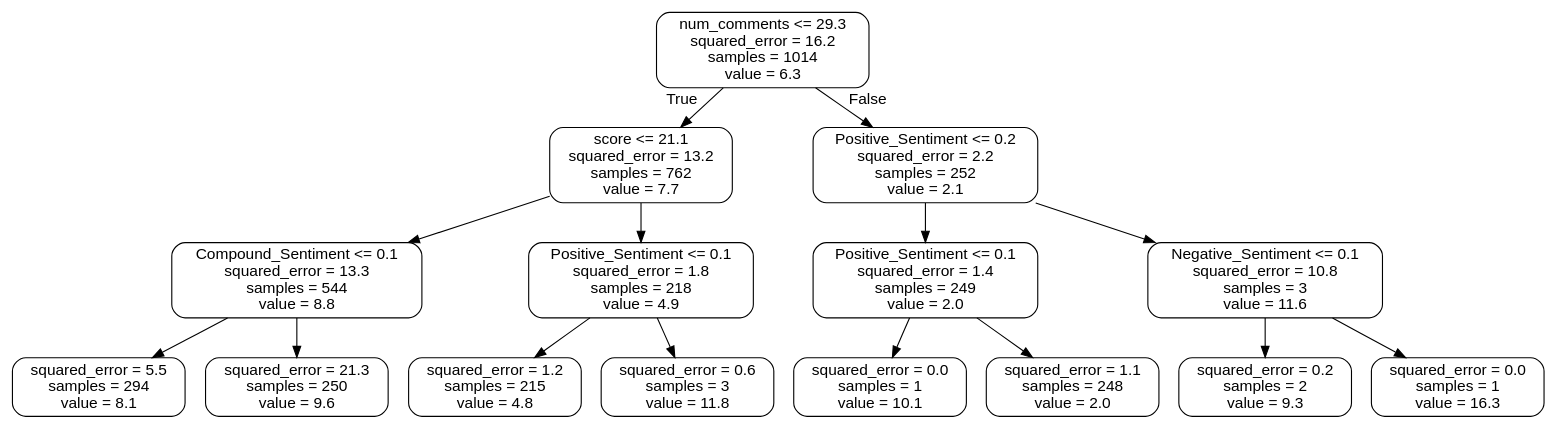
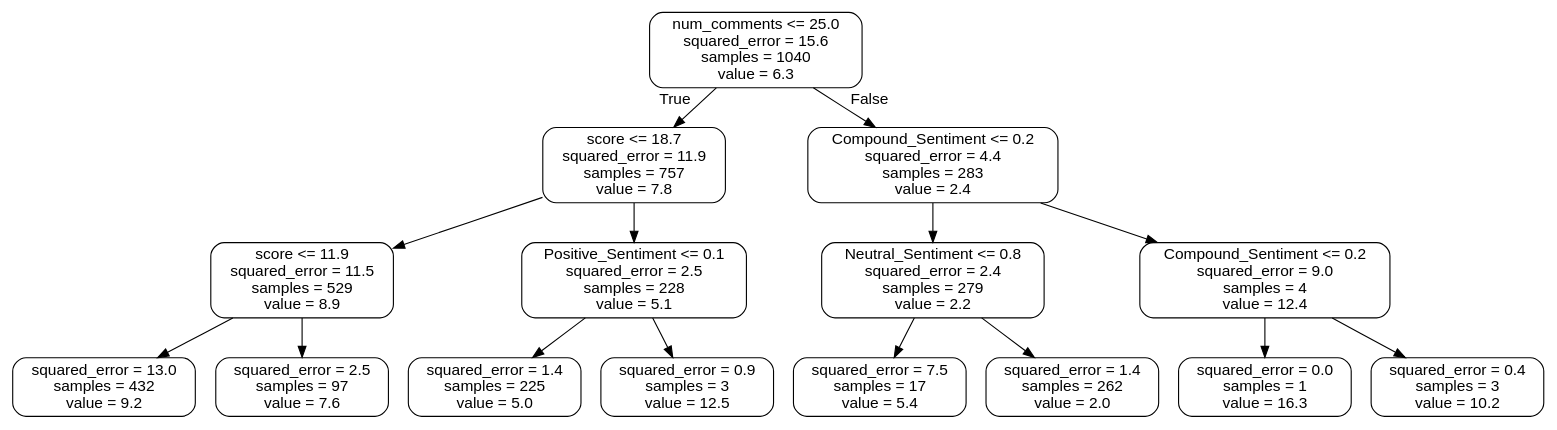
One commit to JKelly423/SqueezeNet changed the diagram in data/tree/small_tree.dot. Above: the diagram before and after it, drawn with Graphviz. The commit also changed 18 other files, not shown here.

```diff
--- a/data/tree/small_tree.dot
+++ b/data/tree/small_tree.dot
@@ -1,33 +1,33 @@
 digraph Tree {
 node [shape=box, style="rounded", color="black", fontname="helvetica"] ;
 edge [fontname="helvetica"] ;
-0 [label="num_comments <= 29.3\nsquared_error = 16.2\nsamples = 1014\nvalue = 6.3"] ;
-1 [label="score <= 21.1\nsquared_error = 13.2\nsamples = 762\nvalue = 7.7"] ;
+0 [label="num_comments <= 25.0\nsquared_error = 15.6\nsamples = 1040\nvalue = 6.3"] ;
+1 [label="score <= 18.7\nsquared_error = 11.9\nsamples = 757\nvalue = 7.8"] ;
 0 -> 1 [labeldistance=2.5, labelangle=45, headlabel="True"] ;
-2 [label="Compound_Sentiment <= 0.1\nsquared_error = 13.3\nsamples = 544\nvalue = 8.8"] ;
+2 [label="score <= 11.9\nsquared_error = 11.5\nsamples = 529\nvalue = 8.9"] ;
 1 -> 2 ;
-3 [label="squared_error = 5.5\nsamples = 294\nvalue = 8.1"] ;
+3 [label="squared_error = 13.0\nsamples = 432\nvalue = 9.2"] ;
 2 -> 3 ;
-4 [label="squared_error = 21.3\nsamples = 250\nvalue = 9.6"] ;
+4 [label="squared_error = 2.5\nsamples = 97\nvalue = 7.6"] ;
 2 -> 4 ;
-5 [label="Positive_Sentiment <= 0.1\nsquared_error = 1.8\nsamples = 218\nvalue = 4.9"] ;
+5 [label="Positive_Sentiment <= 0.1\nsquared_error = 2.5\nsamples = 228\nvalue = 5.1"] ;
 1 -> 5 ;
-6 [label="squared_error = 1.2\nsamples = 215\nvalue = 4.8"] ;
+6 [label="squared_error = 1.4\nsamples = 225\nvalue = 5.0"] ;
 5 -> 6 ;
-7 [label="squared_error = 0.6\nsamples = 3\nvalue = 11.8"] ;
+7 [label="squared_error = 0.9\nsamples = 3\nvalue = 12.5"] ;
 5 -> 7 ;
-8 [label="Positive_Sentiment <= 0.2\nsquared_error = 2.2\nsamples = 252\nvalue = 2.1"] ;
+8 [label="Compound_Sentiment <= 0.2\nsquared_error = 4.4\nsamples = 283\nvalue = 2.4"] ;
 0 -> 8 [labeldistance=2.5, labelangle=-45, headlabel="False"] ;
-9 [label="Positive_Sentiment <= 0.1\nsquared_error = 1.4\nsamples = 249\nvalue = 2.0"] ;
+9 [label="Neutral_Sentiment <= 0.8\nsquared_error = 2.4\nsamples = 279\nvalue = 2.2"] ;
 8 -> 9 ;
-10 [label="squared_error = 0.0\nsamples = 1\nvalue = 10.1"] ;
+10 [label="squared_error = 7.5\nsamples = 17\nvalue = 5.4"] ;
 9 -> 10 ;
-11 [label="squared_error = 1.1\nsamples = 248\nvalue = 2.0"] ;
+11 [label="squared_error = 1.4\nsamples = 262\nvalue = 2.0"] ;
 9 -> 11 ;
-12 [label="Negative_Sentiment <= 0.1\nsquared_error = 10.8\nsamples = 3\nvalue = 11.6"] ;
+12 [label="Compound_Sentiment <= 0.2\nsquared_error = 9.0\nsamples = 4\nvalue = 12.4"] ;
 8 -> 12 ;
-13 [label="squared_error = 0.2\nsamples = 2\nvalue = 9.3"] ;
+13 [label="squared_error = 0.0\nsamples = 1\nvalue = 16.3"] ;
 12 -> 13 ;
-14 [label="squared_error = 0.0\nsamples = 1\nvalue = 16.3"] ;
+14 [label="squared_error = 0.4\nsamples = 3\nvalue = 10.2"] ;
 12 -> 14 ;
 }
```
